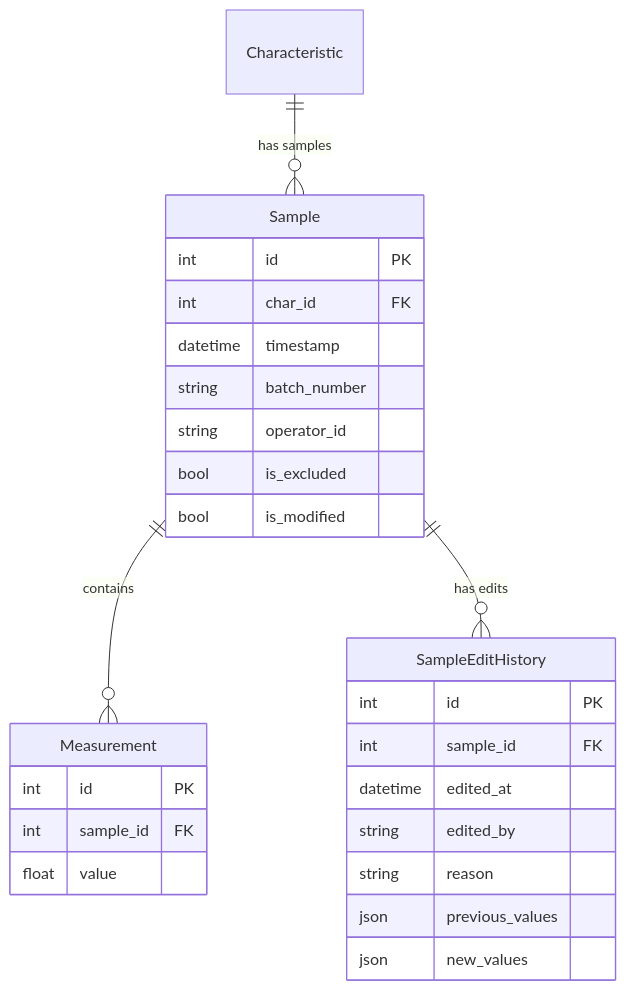
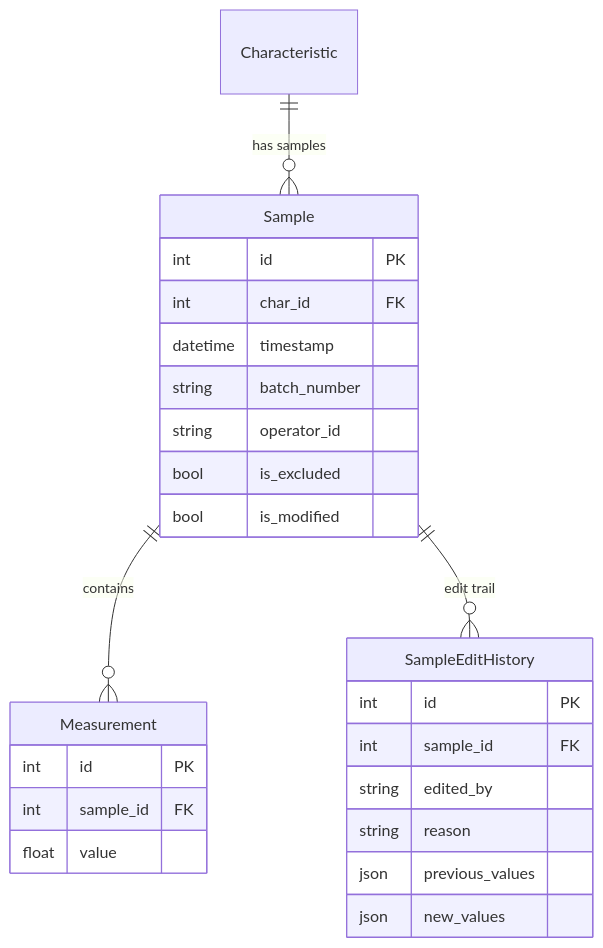
One commit to saturnis-io/cassini changed the second of 2 diagrams in .knowledge/features/data-entry.md. Above: the diagram before and after it, drawn with Mermaid. The commit also changed other lines of this file and 15 other files, not shown here.

Commit message:
knowledge-graph: regenerate

````diff
--- a/.knowledge/features/data-entry.md
+++ b/.knowledge/features/data-entry.md
@@ -30,29 +28,28 @@
 ```mermaid
 erDiagram
     Characteristic ||--o{ Sample : "has samples"
-    Sample ||--o{ Measurement : contains
-    Sample ||--o{ SampleEditHistory : "has edits"
+    Sample ||--o{ Measurement : "contains"
+    Sample ||--o{ SampleEditHistory : "edit trail"
     Sample {
         int id PK
         int char_id FK
         datetime timestamp
         string batch_number
         string operator_id
         bool is_excluded
         bool is_modified
     }
     Measurement {
         int id PK
         int sample_id FK
         float value
     }
     SampleEditHistory {
         int id PK
         int sample_id FK
-        datetime edited_at
         string edited_by
         string reason
         json previous_values
         json new_values
     }
 ```
````
